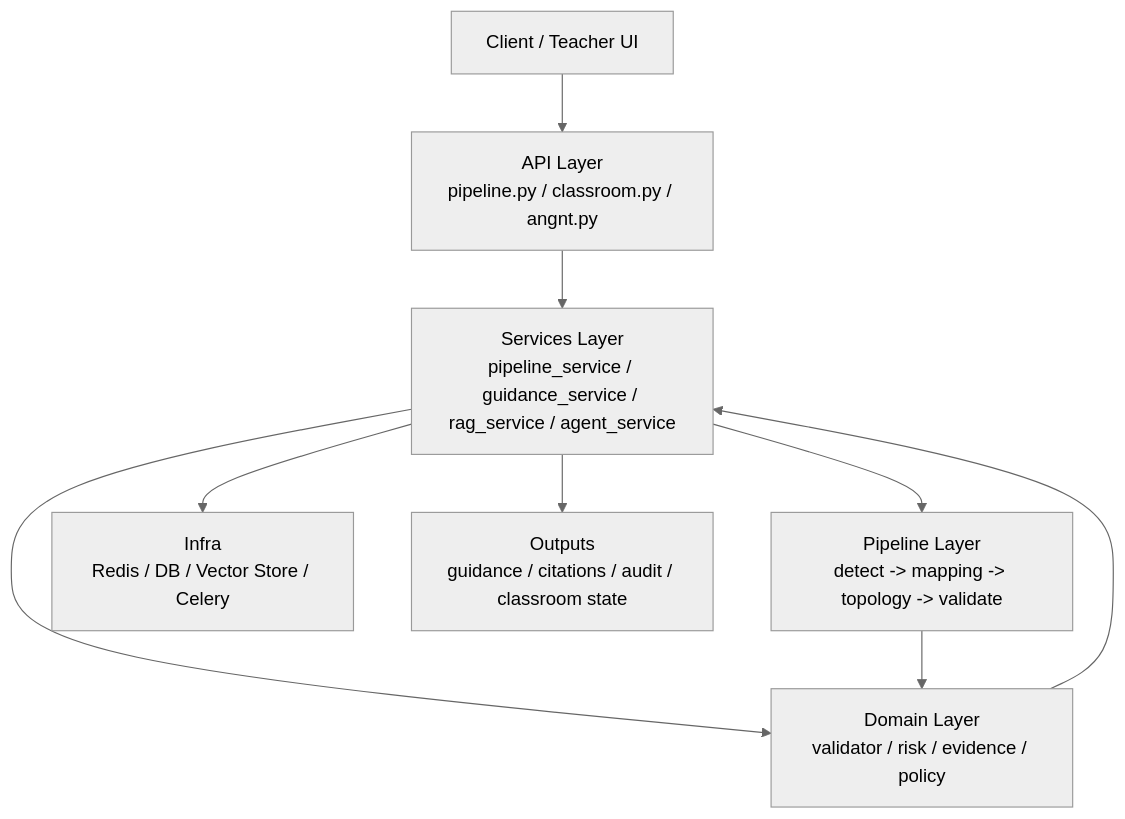
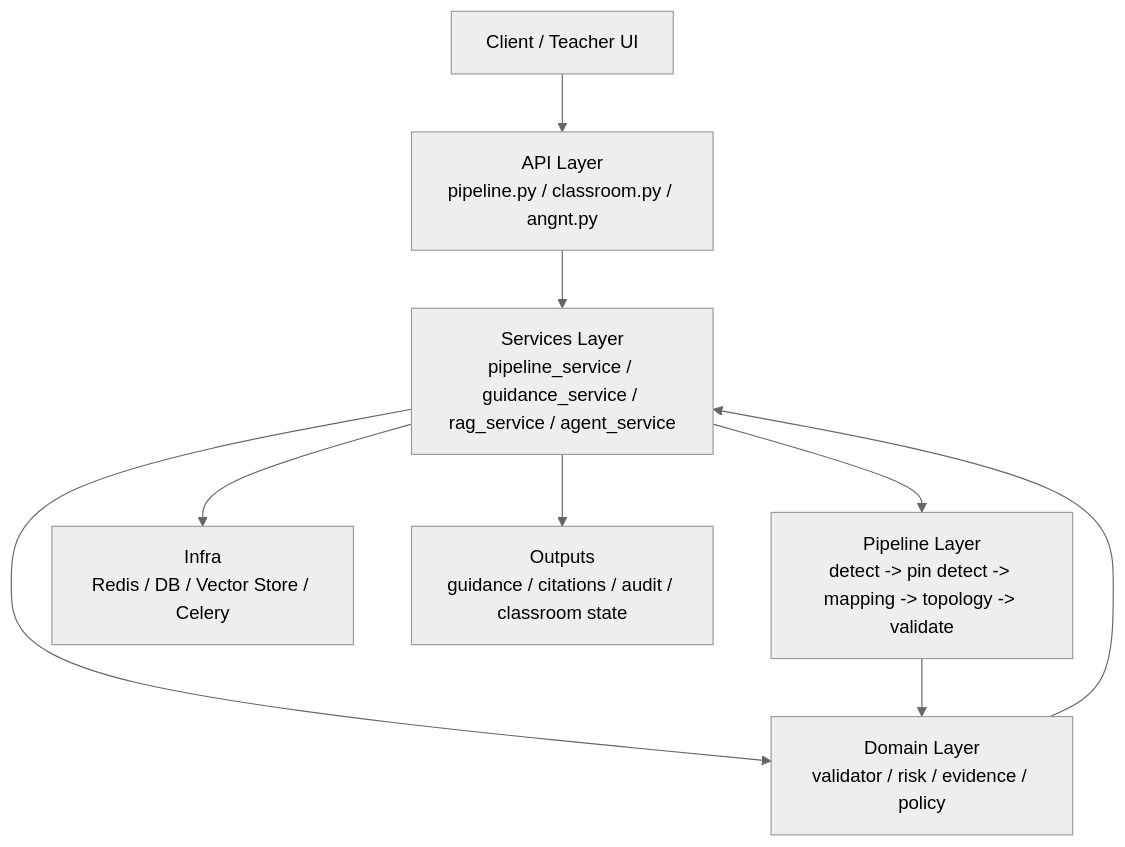
The diagram in docs/backend-architecture.md (liusuan110/LabGuardian-Server), drawn with Mermaid (neutral theme) before and after one commit. The commit also changed 19 other files, not shown here.

First line of the commit message:
feat: Implement component ROI pin detection and related schema

````diff
--- a/docs/backend-architecture.md
+++ b/docs/backend-architecture.md
@@ -147,11 +147,11 @@
 ```mermaid
 flowchart TD
   A["Client / Teacher UI"] --> B["API Layer<br/>pipeline.py / classroom.py / angnt.py"]
   B --> C["Services Layer<br/>pipeline_service / guidance_service / rag_service / agent_service"]
   C --> D["Domain Layer<br/>validator / risk / evidence / policy"]
-  C --> E["Pipeline Layer<br/>detect -> mapping -> topology -> validate"]
+  C --> E["Pipeline Layer<br/>detect -> pin detect -> mapping -> topology -> validate"]
   C --> F["Infra<br/>Redis / DB / Vector Store / Celery"]
   E --> D
   D --> C
   C --> G["Outputs<br/>guidance / citations / audit / classroom state"]
 ```
````
